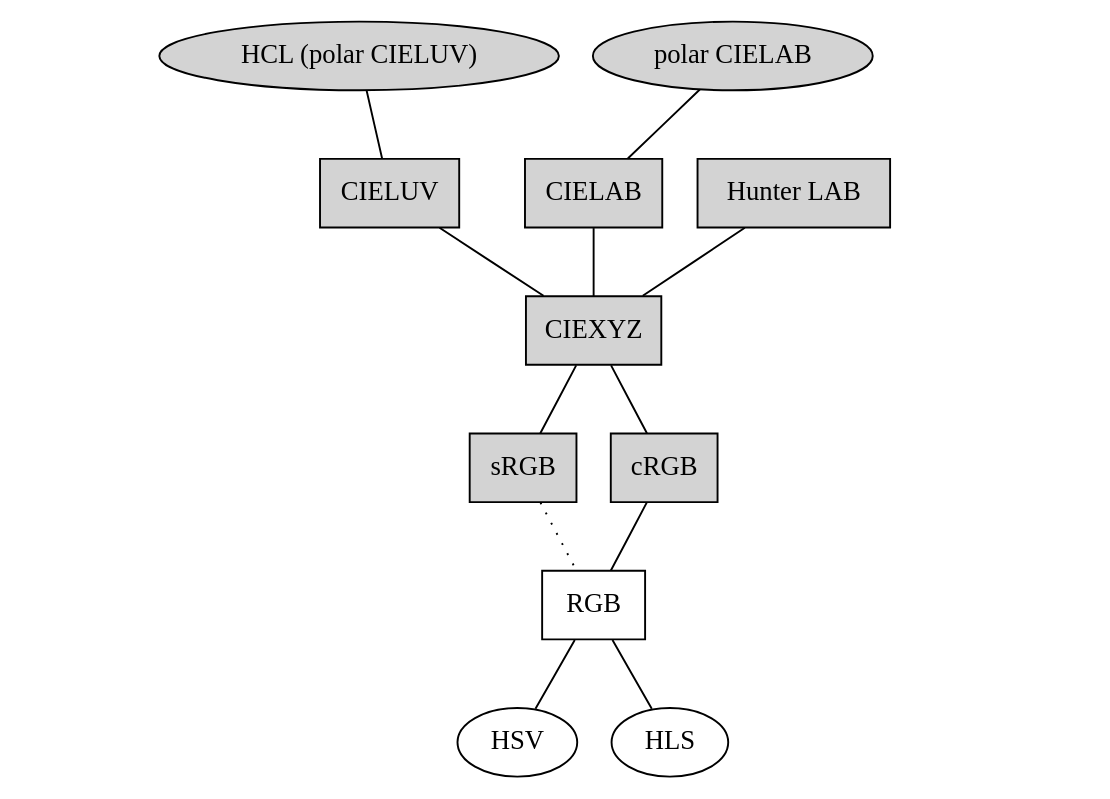
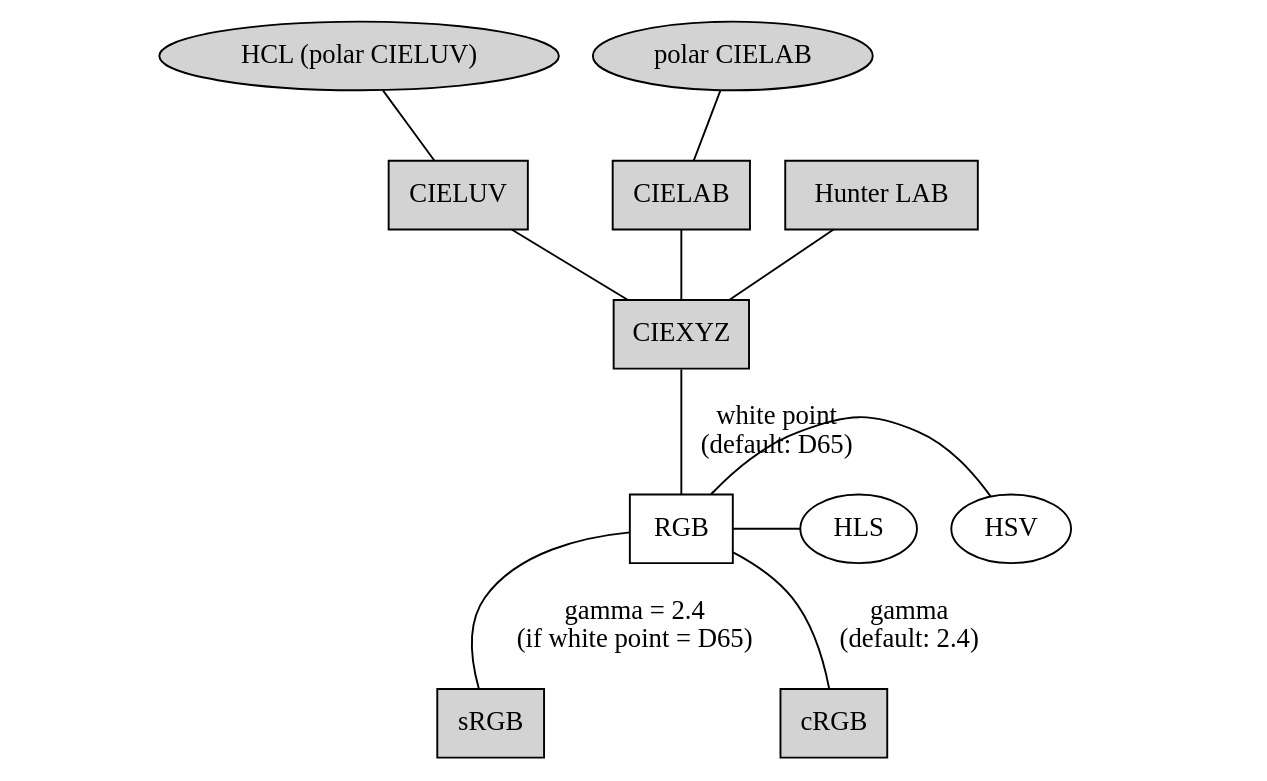
Before and after one commit to rforge/colorspace: the diagram in pkg/paper/Colorspace/colorspace.dot, drawn with Graphviz.

Commit message:
updated colorspace graph

```diff
--- a/pkg/paper/Colorspace/colorspace.dot
+++ b/pkg/paper/Colorspace/colorspace.dot
@@ -1,60 +1,55 @@
 graph colorspace {
 
 { rank = min
     L1 [label="" color=white]
     polarLUV [label = "HCL (polar CIELUV)" shape=ellipse style=filled]
     polarLAB [label = "polar CIELAB" shape=ellipse style=filled]
     R1 [label="" color=white]
 }
 
 { rank = same
     L2 [label="" color=white]
     LUV [label = "CIELUV" shape=box style=filled]
     LAB [label = "CIELAB" shape=box style=filled]
     HunterLAB [label = "Hunter LAB" shape=box style=filled]
     R2 [label="" color=white]
 }
 
 { rank = same
     L3 [label="" color=white]
     XYZ [label = "CIEXYZ" shape=box style=filled]
     R3 [label="" color=white]
 }
 
 { rank = same
     L4 [label="" color=white]
-    sRGB [label = "sRGB" shape=box style=filled]
-    cRGB [label = "cRGB" shape=box style=filled]
+    RGB [label = "RGB" shape=box]
+    HSV [label = "HSV" shape=ellipse]
+    HLS [label = "HLS" shape=ellipse]
     R4 [label="" color=white]
 }
 
-{ rank = same
+{ rank = max
     L5 [label="" color=white]
-    RGB [label = "RGB" shape=box]
+    sRGB [label = "sRGB" shape=box style=filled]
+    cRGB [label = "cRGB" shape=box style=filled]
     R5 [label="" color=white]
-}
-
-{ rank = max
-    L6 [label="" color=white]
-    HSV [label = "HSV" shape=ellipse]
-    HLS [label = "HLS" shape=ellipse]
-    R6 [label="" color=white]
 }
 
 LUV -- polarLUV
 LAB -- polarLAB
 XYZ -- LUV
 XYZ -- LAB
 XYZ -- HunterLAB
 
-XYZ -- sRGB
-XYZ -- cRGB
+XYZ -- RGB [label="white point\n(default: D65)"]
 
-cRGB -- RGB
-sRGB -- RGB [style=dotted]
 RGB -- HSV
 RGB -- HLS
 
-L1 -- L2 -- L3 -- L4 -- L5 -- L6 [color=white]
-R1 -- R2 -- R3 -- R4 -- R5 -- R6 [color=white]
+cRGB -- RGB [label="gamma\n(default: 2.4)"]
+sRGB -- RGB [label="gamma = 2.4\n(if white point = D65)"]
+
+L1 -- L2 -- L3 -- L4 -- L5 [color=white]
+R1 -- R2 -- R3 -- R4 -- R5 [color=white]
 }
```
